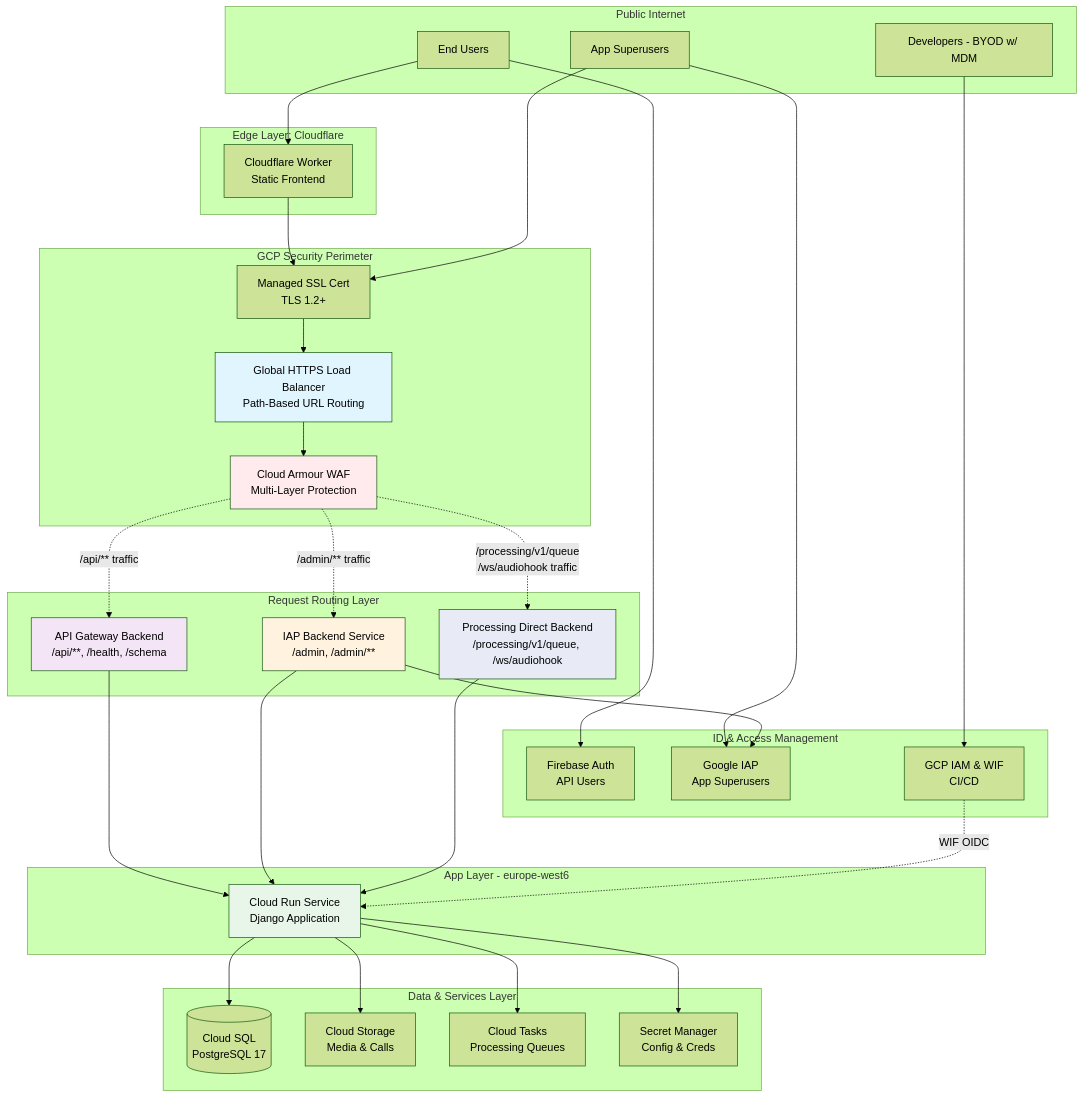
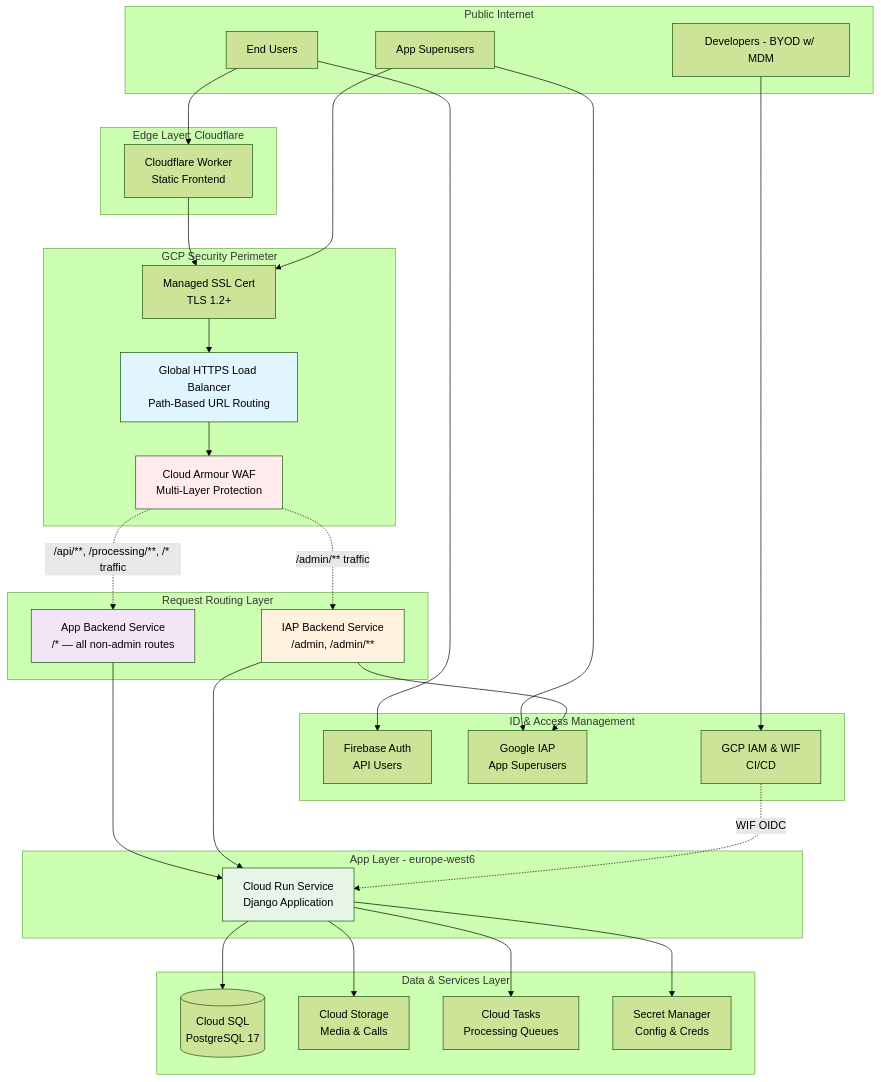
The diagram in terraform/stacks/api_revision/README.md (TellMeCH/tellme-app), drawn with Mermaid (forest theme) before and after one commit. The commit also changed other lines of this file and 4 other files, not shown here.

Commit message:
Removed API GW. Now Cloud Run only works with internal ingress and large file requests can bypass it

````diff
--- a/terraform/stacks/api_revision/README.md
+++ b/terraform/stacks/api_revision/README.md
@@ -11,82 +11,75 @@
 ```mermaid
 graph TB
     subgraph User_Zone [Public Internet]
         EndUser[End Users]
         AdminUser[App Superusers]
         Devs[Developers - BYOD w/ MDM]
     end
 
     subgraph Edge_Zone [Edge Layer: Cloudflare]
         CFW[Cloudflare Worker<br/>Static Frontend]
     end
 
     subgraph Identity_Layer [ID & Access Management]
         Firebase[Firebase Auth<br/>API Users]
         GoogleIAP[Google IAP<br/>App Superusers]
         IAM[GCP IAM & WIF<br/>CI/CD]
     end
 
     subgraph GCP_Boundary [GCP Security Perimeter]
         SSL[Managed SSL Cert<br/>TLS 1.2+]
         LB[Global HTTPS Load Balancer<br/>Path-Based URL Routing]
         CA[Cloud Armour WAF<br/>Multi-Layer Protection]
     end
 
     subgraph Routing_Layer [Request Routing Layer]
-        AGW[API Gateway Backend<br/>/api/**, /health, /schema]
+        AppBackend[App Backend Service<br/>/* — all non-admin routes]
         IAPBackend[IAP Backend Service<br/>/admin, /admin/**]
-        ProcBackend[Processing Direct Backend<br/>/processing/v1/queue, /ws/audiohook]
     end
 
     subgraph GCP_Compute [App Layer - europe-west6]
         CloudRun[Cloud Run Service<br/>Django Application]
     end
 
     subgraph GCP_Data [Data & Services Layer]
         SQL[(Cloud SQL<br/>PostgreSQL 17)]
         GCS[Cloud Storage<br/>Media & Calls]
         Tasks[Cloud Tasks<br/>Processing Queues]
         Secrets[Secret Manager<br/>Config & Creds]
     end
 
     %% User flows
     EndUser --> Firebase
     EndUser --> CFW
     AdminUser --> GoogleIAP
     Devs --> IAM
 
     %% API path
     CFW --> SSL
     SSL --> LB
     LB --> CA
-    CA -."/api/** traffic".-> AGW
-    AGW --> CloudRun
+    CA -."/api/**, /processing/**, /* traffic".-> AppBackend
+    AppBackend --> CloudRun
 
     %% Admin path
     AdminUser --> SSL
     CA -."/admin/** traffic".-> IAPBackend
     IAPBackend --> GoogleIAP
     IAPBackend --> CloudRun
-
-    %% Processing direct path (bypasses API Gateway)
-    CA -."/processing/v1/queue
-    /ws/audiohook traffic".-> ProcBackend
-    ProcBackend --> CloudRun
 
     %% CI/CD path
     IAM -.WIF OIDC.-> CloudRun
 
     %% Data access
     CloudRun --> SQL
     CloudRun --> GCS
     CloudRun --> Tasks
     CloudRun --> Secrets
 
     %% Styling
     style CA fill:#ffebee
-    style AGW fill:#f3e5f5
+    style AppBackend fill:#f3e5f5
     style IAPBackend fill:#fff3e0
-    style ProcBackend fill:#e8eaf6
     style LB fill:#e1f5ff
     style CloudRun fill:#e8f5e9
 ```
````
